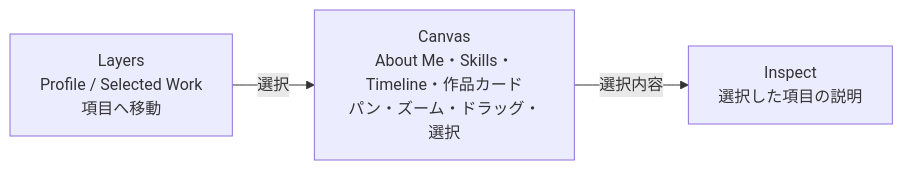
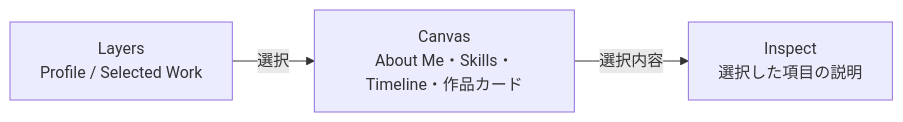
One commit to s0nmy/my-portfolio changed the diagram in docs/infinite-canvas.md. Above: the diagram before and after it, drawn with Mermaid. The commit also changed other lines of this file and 2 other files, not shown here.

````diff
--- a/docs/infinite-canvas.md
+++ b/docs/infinite-canvas.md
@@ -7,8 +27,8 @@
 ```mermaid
 flowchart LR
-  L["Layers<br/>Profile / Selected Work<br/>項目へ移動"]
-  C["Canvas<br/>About Me・Skills・Timeline・作品カード<br/>パン・ズーム・ドラッグ・選択"]
+  L["Layers<br/>Profile / Selected Work"]
+  C["Canvas<br/>About Me・Skills・Timeline・作品カード"]
   I["Inspect<br/>選択した項目の説明"]
   L -->|選択| C
   C -->|選択内容| I
 ```
````
